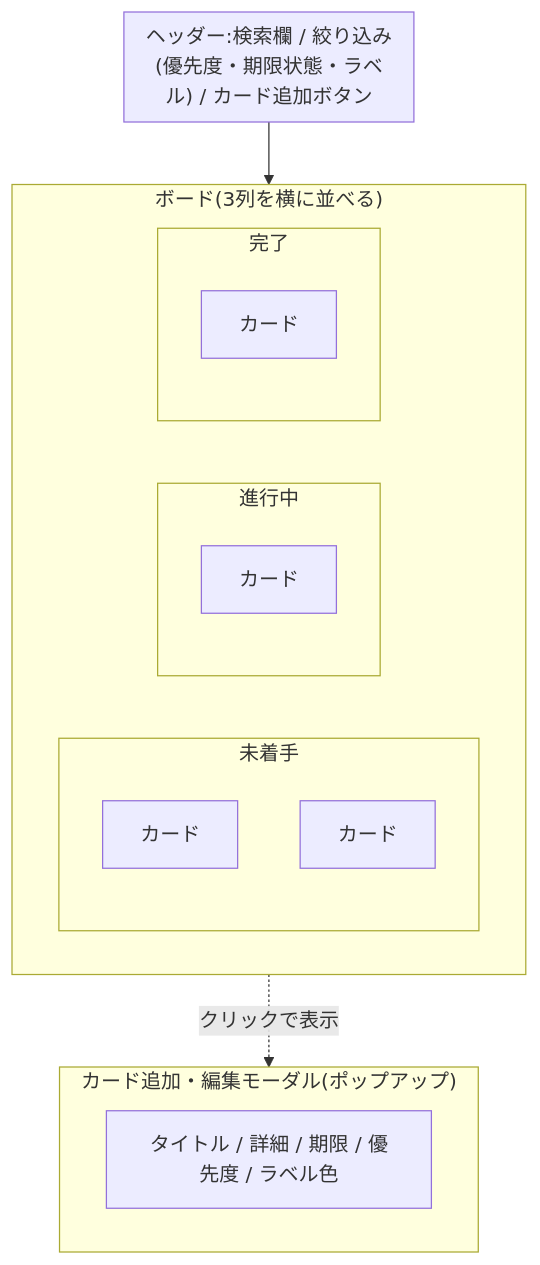
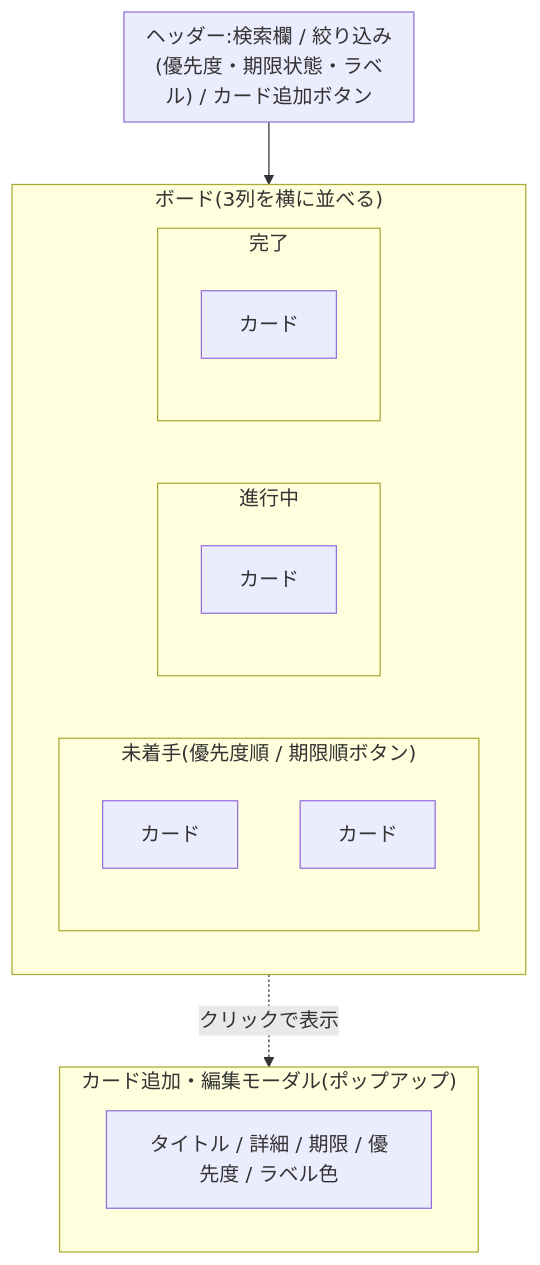
The first of 2 diagrams in design.md (Black-Beach/taskmanagement), drawn with Mermaid before and after one commit. The commit also changed other lines of this file and 4 other files, not shown here.

````diff
--- a/design.md
+++ b/design.md
@@ -14,23 +15,23 @@
 ```mermaid
 flowchart TB
     subgraph header["ヘッダー:検索欄 / 絞り込み(優先度・期限状態・ラベル) / カード追加ボタン"]
     end
     subgraph board["ボード(3列を横に並べる)"]
         direction LR
-        subgraph col1["未着手"]
+        subgraph col1["未着手(優先度順 / 期限順ボタン)"]
             c1["カード"]
             c2["カード"]
         end
         subgraph col2["進行中"]
             c3["カード"]
         end
         subgraph col3["完了"]
             c4["カード"]
         end
     end
     subgraph modal["カード追加・編集モーダル(ポップアップ)"]
         m1["タイトル / 詳細 / 期限 / 優先度 / ラベル色"]
     end
     header --> board
     board -.クリックで表示.-> modal
 ```
````
